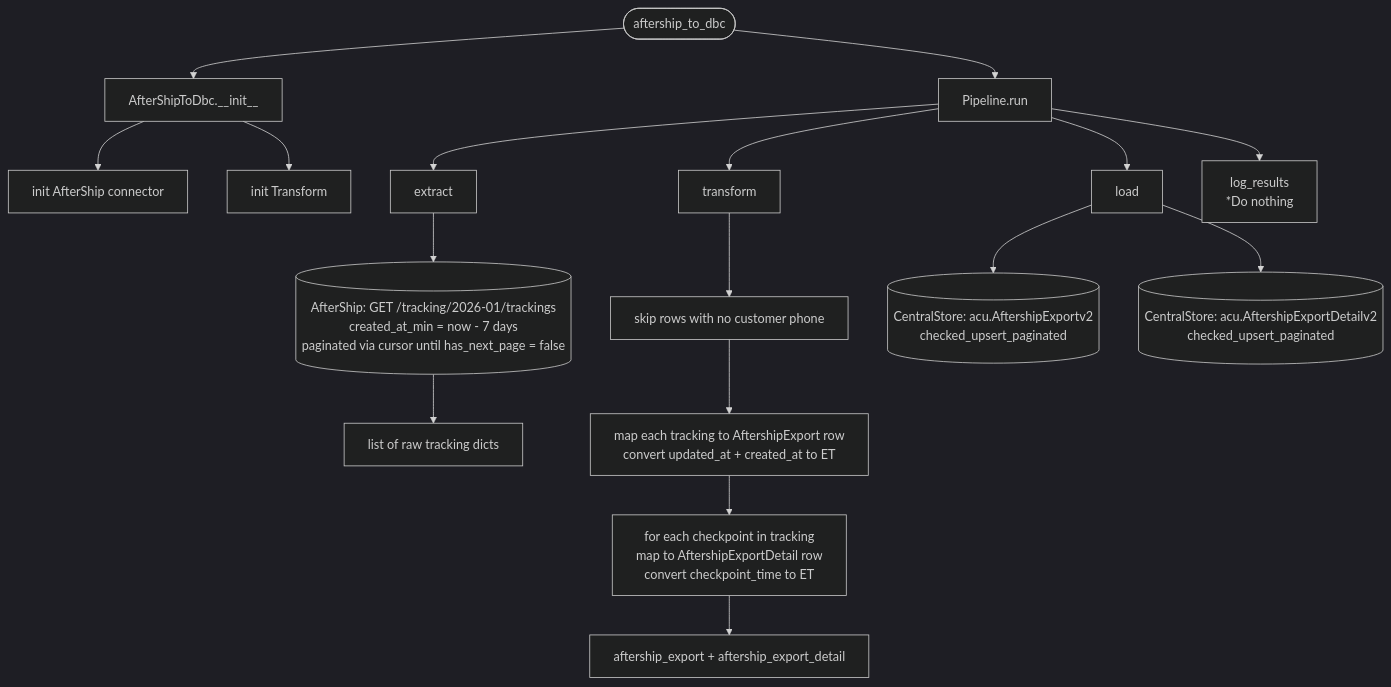
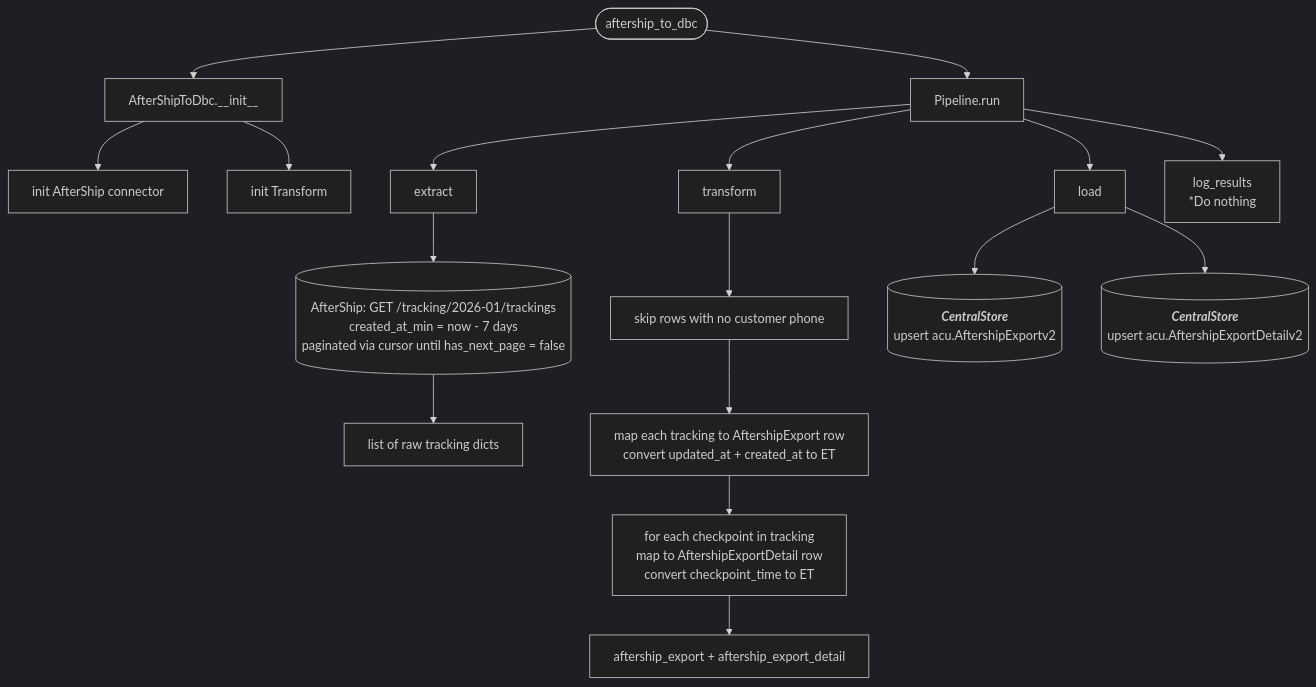
The diagram in docs/pipelines/aftership_to_dbc.md (journeyhl/integration-platform), drawn with Mermaid (dark theme) before and after one commit. The commit also changed 25 other files, not shown here.

````diff
--- a/docs/pipelines/aftership_to_dbc.md
+++ b/docs/pipelines/aftership_to_dbc.md
@@ -1,26 +1,32 @@
 ```mermaid
 %%{init: {"flowchart": {"wrappingWidth": 400}}}%%
 flowchart TD
     A([aftership_to_dbc]) --> B[AfterShipToDbc.__init__]
     B --> B1[init AfterShip connector]
     B --> B2[init Transform]
     A --> RUN[Pipeline.run]
 
     RUN --> EX[extract]
     EX --> AS[(AfterShip: GET /tracking/2026-01/trackings
     created_at_min = now - 7 days
     paginated via cursor until has_next_page = false)]
     AS --> EX_OUT[list of raw tracking dicts]
 
     RUN --> TR[transform]
     TR --> T1[skip rows with no customer phone]
     T1 --> T2[map each tracking to AftershipExport row<br/>convert updated_at + created_at to ET]
     T2 --> T3[for each checkpoint in tracking<br/>map to AftershipExportDetail row<br/>convert checkpoint_time to ET]
     T3 --> TR_OUT[aftership_export + aftership_export_detail]
 
     RUN --> LD[load]
-    LD --> CS1[(CentralStore: acu.AftershipExportv2<br/>checked_upsert_paginated)]
-    LD --> CS2[(CentralStore: acu.AftershipExportDetailv2<br/>checked_upsert_paginated)]
+    LD --> CS1[(
+        <b><i>CentralStore</i></b>
+        upsert acu.AftershipExportv2
+    )]
+    LD --> CS2[(
+        <b><i>CentralStore</i></b>
+        upsert acu.AftershipExportDetailv2
+    )]
 
     RUN --> LR[log_results<br/>*Do nothing]
 ```
````
